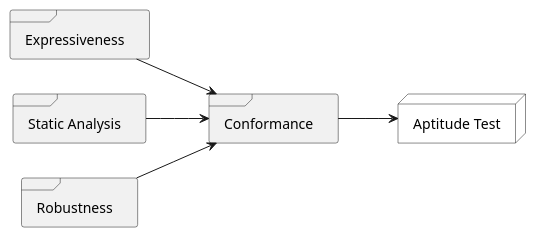
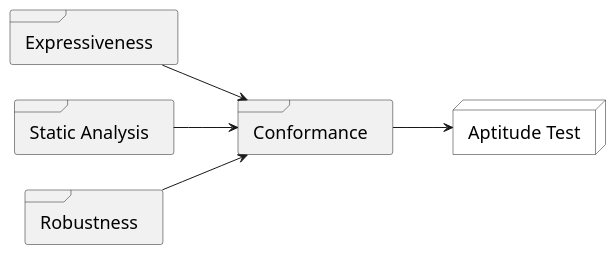
Before and after one commit to uniba-dsg/betsy: the diagram in pebl/doc/dependencies-in-between-bpel-benchmarks.puml, drawn with PlantUML.

Commit message:
Use bigger font.

```diff
--- a/pebl/doc/dependencies-in-between-bpel-benchmarks.puml
+++ b/pebl/doc/dependencies-in-between-bpel-benchmarks.puml
@@ -1,22 +1,29 @@
 @startuml
 left to right direction
 
 node aptitude as "Aptitude Test" #White
 frame conformance as "Conformance"
 frame expressiveness as "Expressiveness"
 frame sa as "Static Analysis"
 frame robustness as "Robustness"
 
 conformance --> aptitude
 expressiveness --> conformance
 sa --> conformance
 robustness --> conformance
 
 hide empty members
 hide empty methods
 hide circle
 
 skinparam monochrome true
 skinparam shadowing false
 skinparam packageStyle rect
+
+skinparam frame {
+    FontSize 18
+}
+skinparam node {
+    FontSize 18
+}
 @enduml
```
